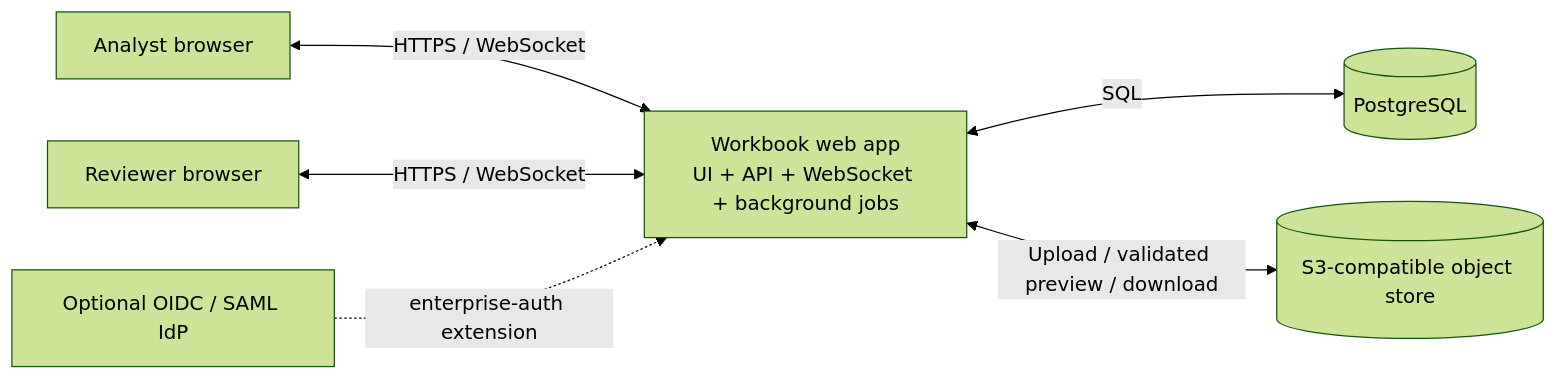
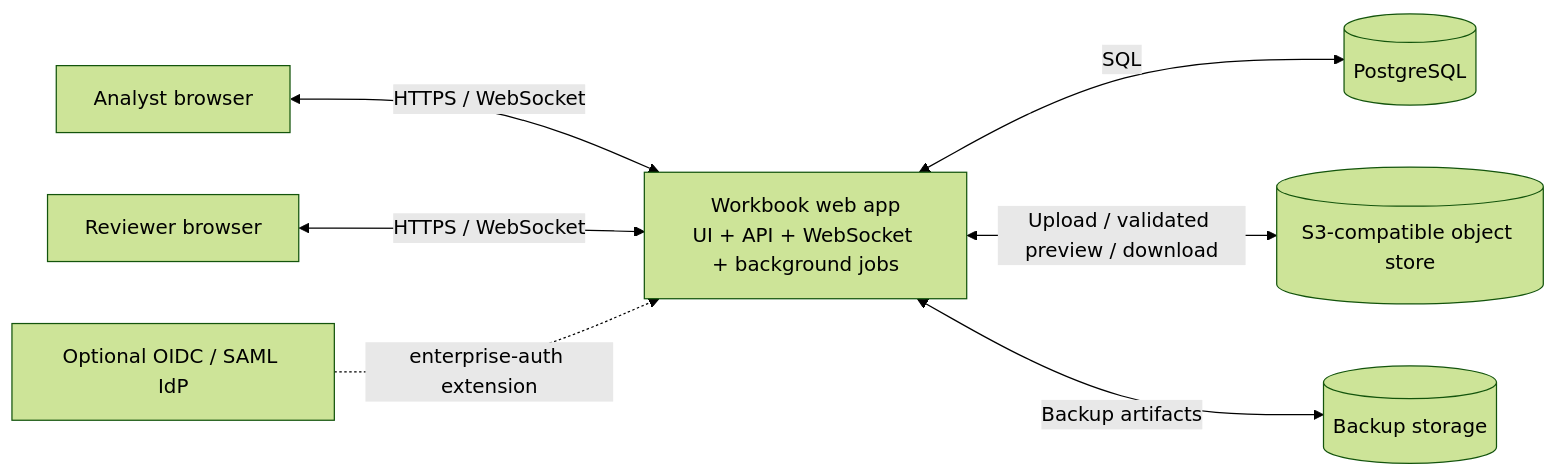
One commit to JochiRaider/Cartulary-NLspec changed the third of 4 diagrams in README.md. Above: the diagram before and after it, drawn with Mermaid (forest theme). The commit also changed other lines of this file, not shown here.

````diff
--- a/README.md
+++ b/README.md
@@ -74,8 +84,9 @@
 ```mermaid
 flowchart LR
     Analyst[Analyst browser] <-->|HTTPS / WebSocket| App[Workbook web app\nUI + API + WebSocket + background jobs]
     Reviewer[Reviewer browser] <-->|HTTPS / WebSocket| App
     App <-->|SQL| PG[(PostgreSQL)]
     App <-->|Upload / validated preview / download| OBJ[(S3-compatible object store)]
+    App <-->|Backup artifacts| BKP[(Backup storage)]
     IdP[Optional OIDC / SAML IdP] -. enterprise-auth extension .-> App
 ```
````
